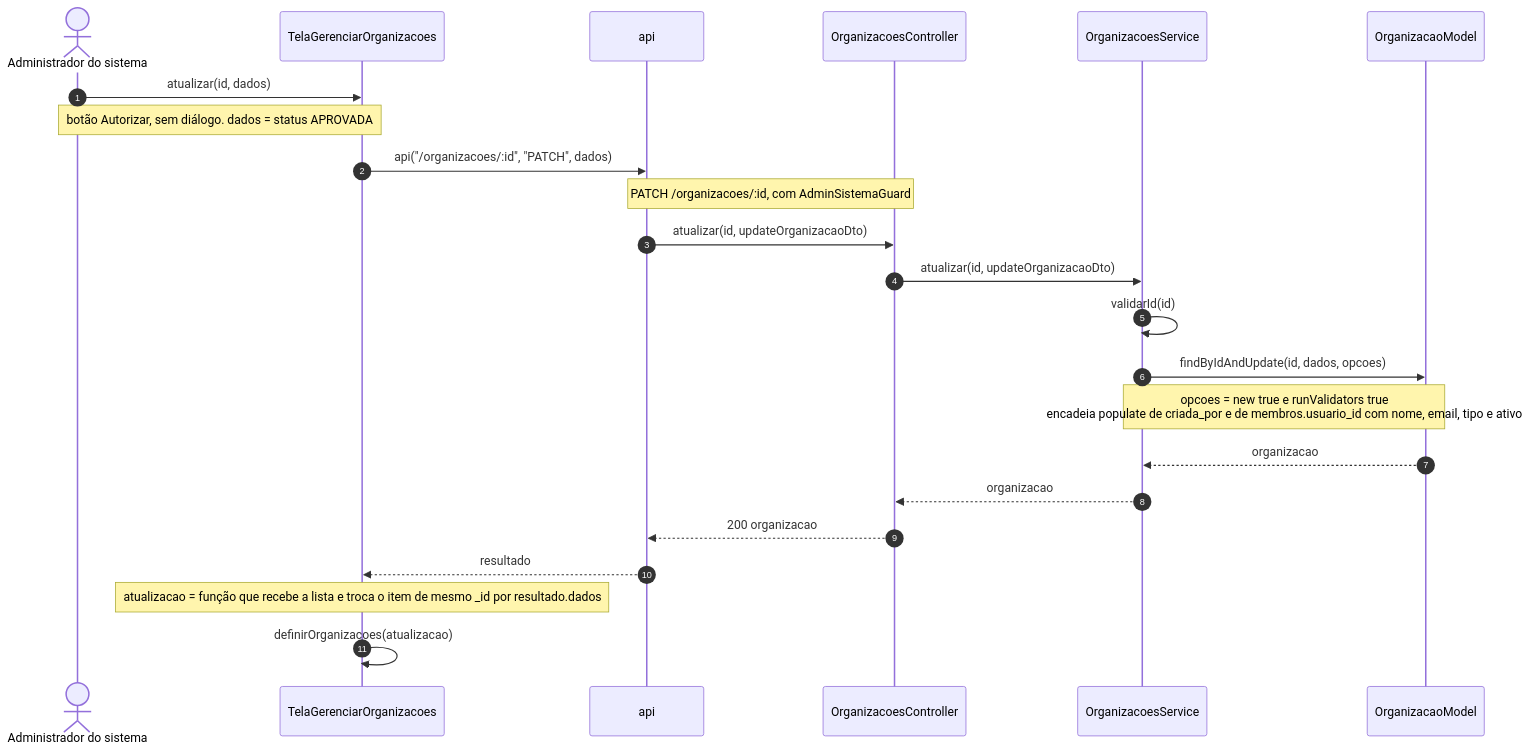
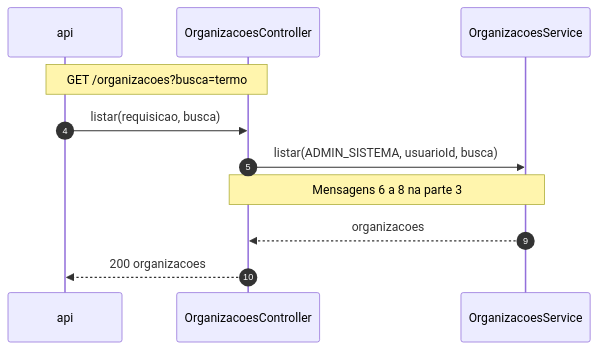
The eighth of 47 diagrams in 2 - Incremento 1/cadastro-organizacao/6 - diagramas-sequencia-cadastro-organizacao.md (Conecta-IFSP/DOCUMENTATION), drawn with Mermaid before and after one commit. The commit also changed other lines of this file and 5 other files, not shown here.

Commit message:
Divide os diagramas de sequência dos incrementos 1 e 2 em partes legíveis

````diff
--- a/2 - Incremento 1/cadastro-organizacao/6 - diagramas-sequencia-cadastro-organizacao.md
+++ b/2 - Incremento 1/cadastro-organizacao/6 - diagramas-sequencia-cadastro-organizacao.md
@@ -130,25 +193,14 @@
 ```mermaid
 sequenceDiagram
-    autonumber
-    actor U as Administrador do sistema
-    participant T as TelaGerenciarOrganizacoes
+    autonumber 4
     participant A as api
     participant C as OrganizacoesController
     participant S as OrganizacoesService
-    participant M as OrganizacaoModel
-    U->>T: atualizar(id, dados)
-    Note over U,T: botão Autorizar, sem diálogo. dados = status APROVADA
-    T->>A: api("/organizacoes/:id", "PATCH", dados)
-    Note over A,C: PATCH /organizacoes/:id, com AdminSistemaGuard
-    A->>C: atualizar(id, updateOrganizacaoDto)
-    C->>S: atualizar(id, updateOrganizacaoDto)
-    S->>S: validarId(id)
-    S->>M: findByIdAndUpdate(id, dados, opcoes)
-    Note over S,M: opcoes = new true e runValidators true<br/>encadeia populate de criada_por e de membros.usuario_id com nome, email, tipo e ativo
-    M-->>S: organizacao
-    S-->>C: organizacao
-    C-->>A: 200 organizacao
-    A-->>T: resultado
-    Note over T: atualizacao = função que recebe a lista e troca o item de mesmo _id por resultado.dados
-    T->>T: definirOrganizacoes(atualizacao)
+    Note over A,C: GET /organizacoes?busca=termo
+    A->>C: listar(requisicao, busca)
+    C->>S: listar(ADMIN_SISTEMA, usuarioId, busca)
+    Note over C,S: Mensagens 6 a 8 na parte 3
+    autonumber 9
+    S-->>C: organizacoes
+    C-->>A: 200 organizacoes
 ```
````
